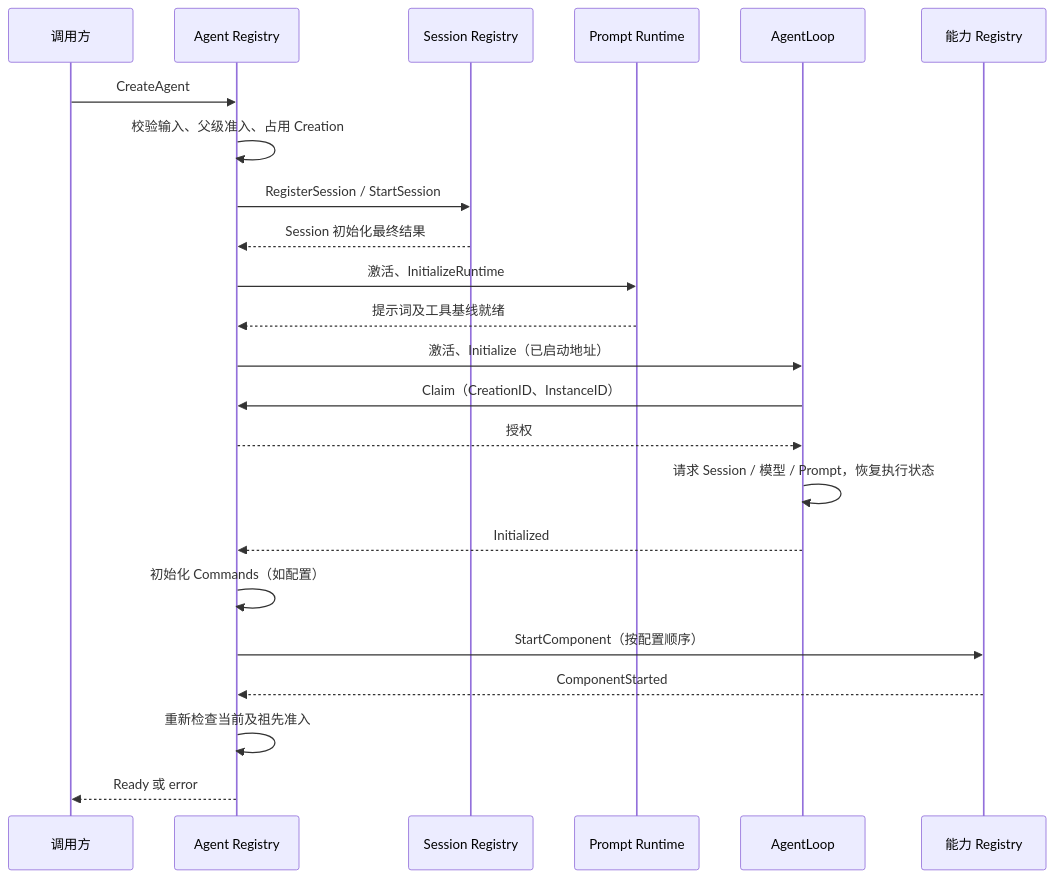
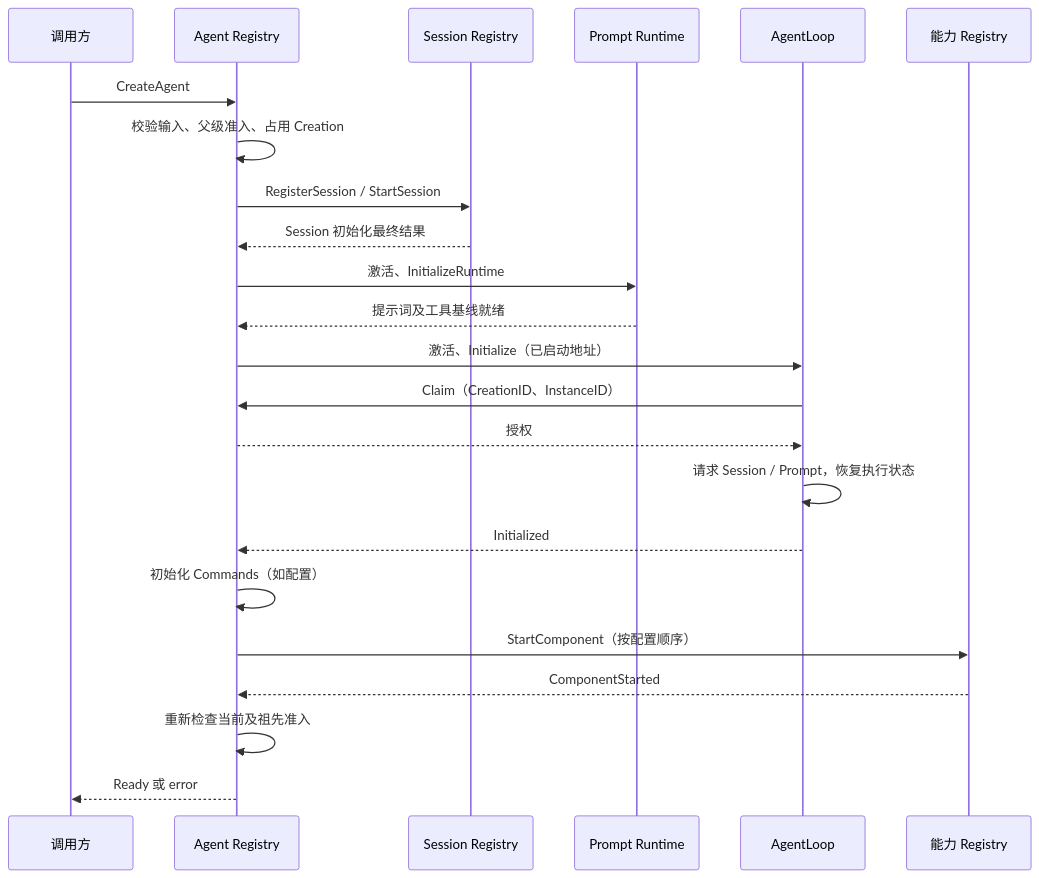
Before and after one commit to gorenx/goren: the first of 2 diagrams in zh-CN/actor-design/39-agent-activation.md, drawn with Mermaid. The commit also changed other lines of this file and 20 other files, not shown here.

````diff
--- a/zh-CN/actor-design/39-agent-activation.md
+++ b/zh-CN/actor-design/39-agent-activation.md
@@ -35,25 +185,25 @@
 ```mermaid
 sequenceDiagram
  participant C as 调用方
  participant R as Agent Registry
  participant S as Session Registry
  participant P as Prompt Runtime
  participant A as AgentLoop
  participant X as 能力 Registry
  C->>R: CreateAgent
  R->>R: 校验输入、父级准入、占用 Creation
  R->>S: RegisterSession / StartSession
  S-->>R: Session 初始化最终结果
  R->>P: 激活、InitializeRuntime
  P-->>R: 提示词及工具基线就绪
  R->>A: 激活、Initialize（已启动地址）
  A->>R: Claim（CreationID、InstanceID）
  R-->>A: 授权
- A->>A: 请求 Session / 模型 / Prompt，恢复执行状态
+ A->>A: 请求 Session / Prompt，恢复执行状态
  A-->>R: Initialized
  R->>R: 初始化 Commands（如配置）
  R->>X: StartComponent（按配置顺序）
  X-->>R: ComponentStarted
  R->>R: 重新检查当前及祖先准入
  R-->>C: Ready 或 error
 ```
````
